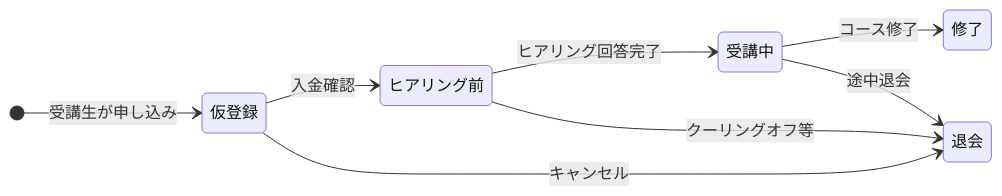
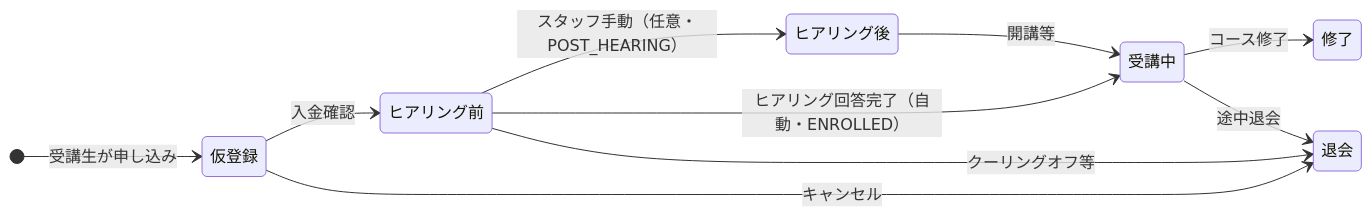
Before and after one commit to koujienami/studentManagementAI: the first of 2 diagrams in docs/01_要件定義/ユースケース.md, drawn with Mermaid. The commit also changed other lines of this file and 5 other files, not shown here.

````diff
--- a/docs/01_要件定義/ユースケース.md
+++ b/docs/01_要件定義/ユースケース.md
@@ -5,11 +5,13 @@
 ```mermaid
 stateDiagram-v2
     direction LR
     [*] --> 仮登録: 受講生が申し込み
     仮登録 --> ヒアリング前: 入金確認
-    ヒアリング前 --> 受講中: ヒアリング回答完了
+    ヒアリング前 --> ヒアリング後: スタッフ手動（任意・POST_HEARING）
+    ヒアリング後 --> 受講中: 開講等
+    ヒアリング前 --> 受講中: ヒアリング回答完了（自動・ENROLLED）
     受講中 --> 修了: コース修了
     受講中 --> 退会: 途中退会
     仮登録 --> 退会: キャンセル
     ヒアリング前 --> 退会: クーリングオフ等
 ```
````
